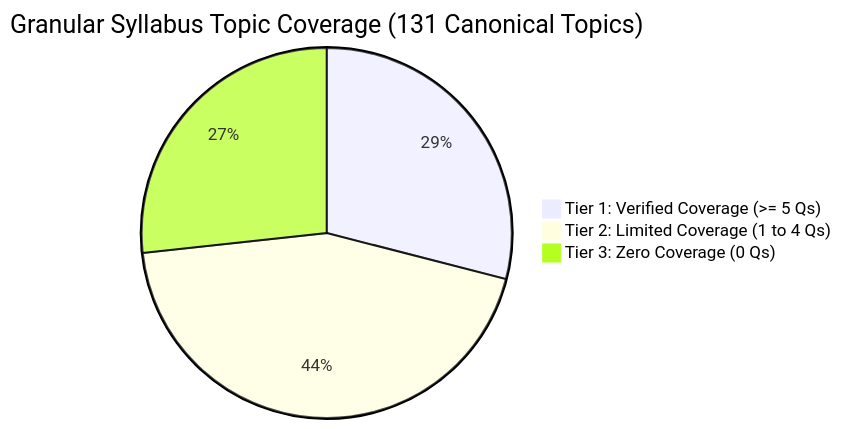
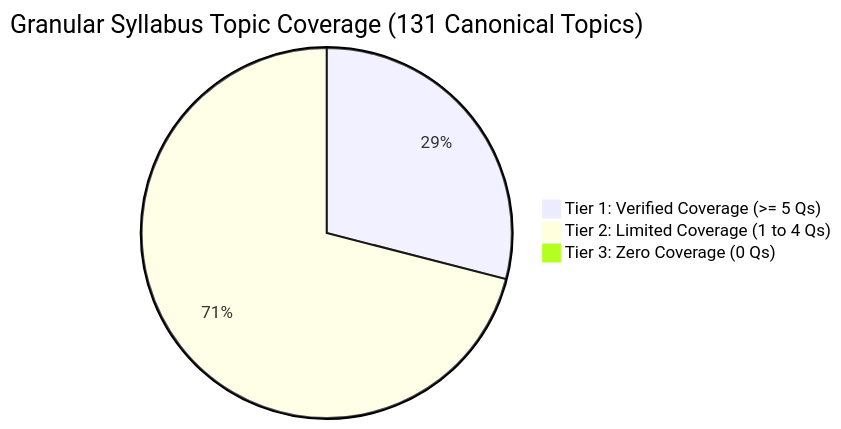
One commit to Gudibettumane/AAI-Manager changed the diagram in SYLLABUS_COVERAGE_REPORT.md. Above: the diagram before and after it, drawn with Mermaid. The commit also changed other lines of this file and 10 other files, not shown here.

Commit message:
feat(database): eliminate all 35 zero-coverage gaps, expanding repository to 585 verified questions

````diff
--- a/SYLLABUS_COVERAGE_REPORT.md
+++ b/SYLLABUS_COVERAGE_REPORT.md
@@ -14,6 +14,6 @@
 ```mermaid
 pie title Granular Syllabus Topic Coverage (131 Canonical Topics)
     "Tier 1: Verified Coverage (>= 5 Qs)" : 38
-    "Tier 2: Limited Coverage (1 to 4 Qs)" : 58
-    "Tier 3: Zero Coverage (0 Qs)" : 35
+    "Tier 2: Limited Coverage (1 to 4 Qs)" : 93
+    "Tier 3: Zero Coverage (0 Qs)" : 0
 ```
````
